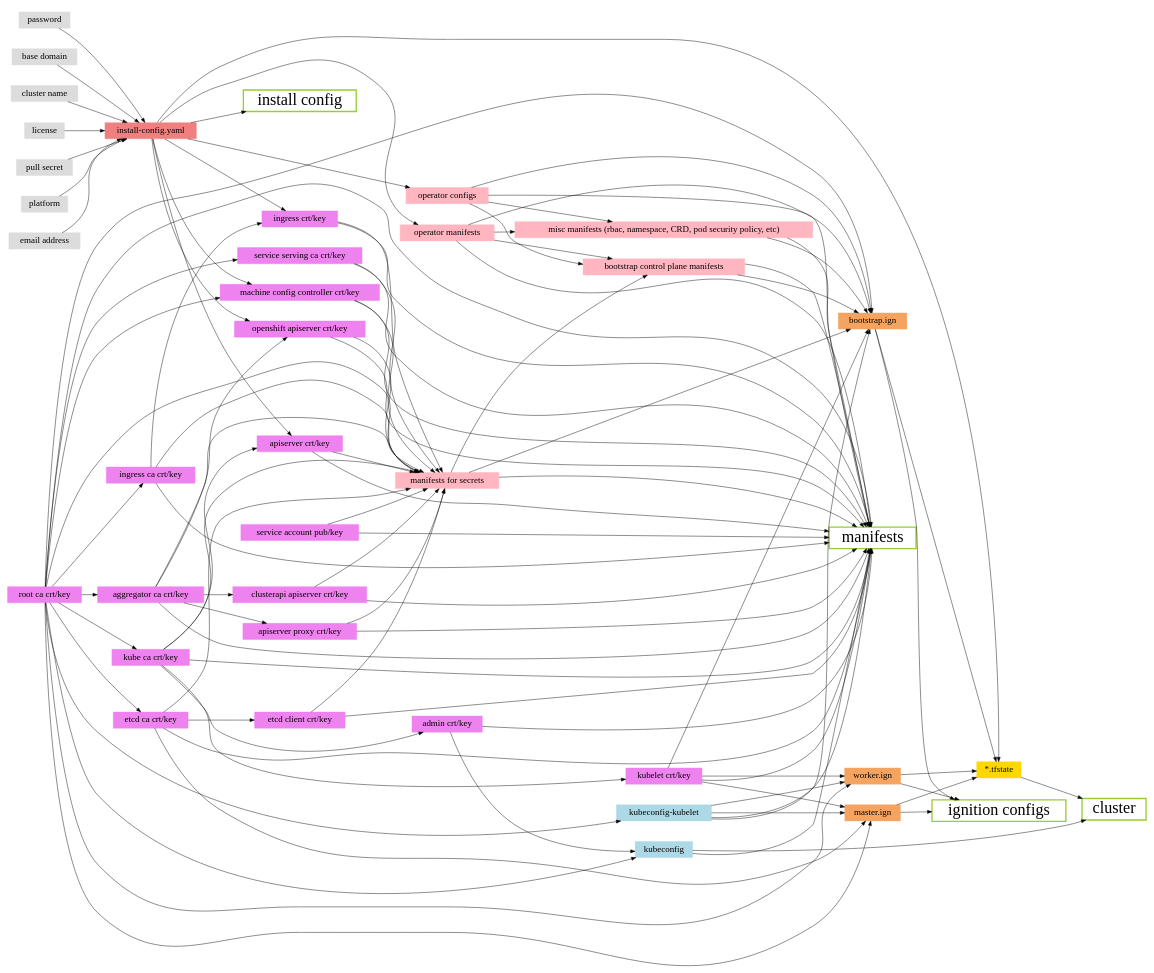
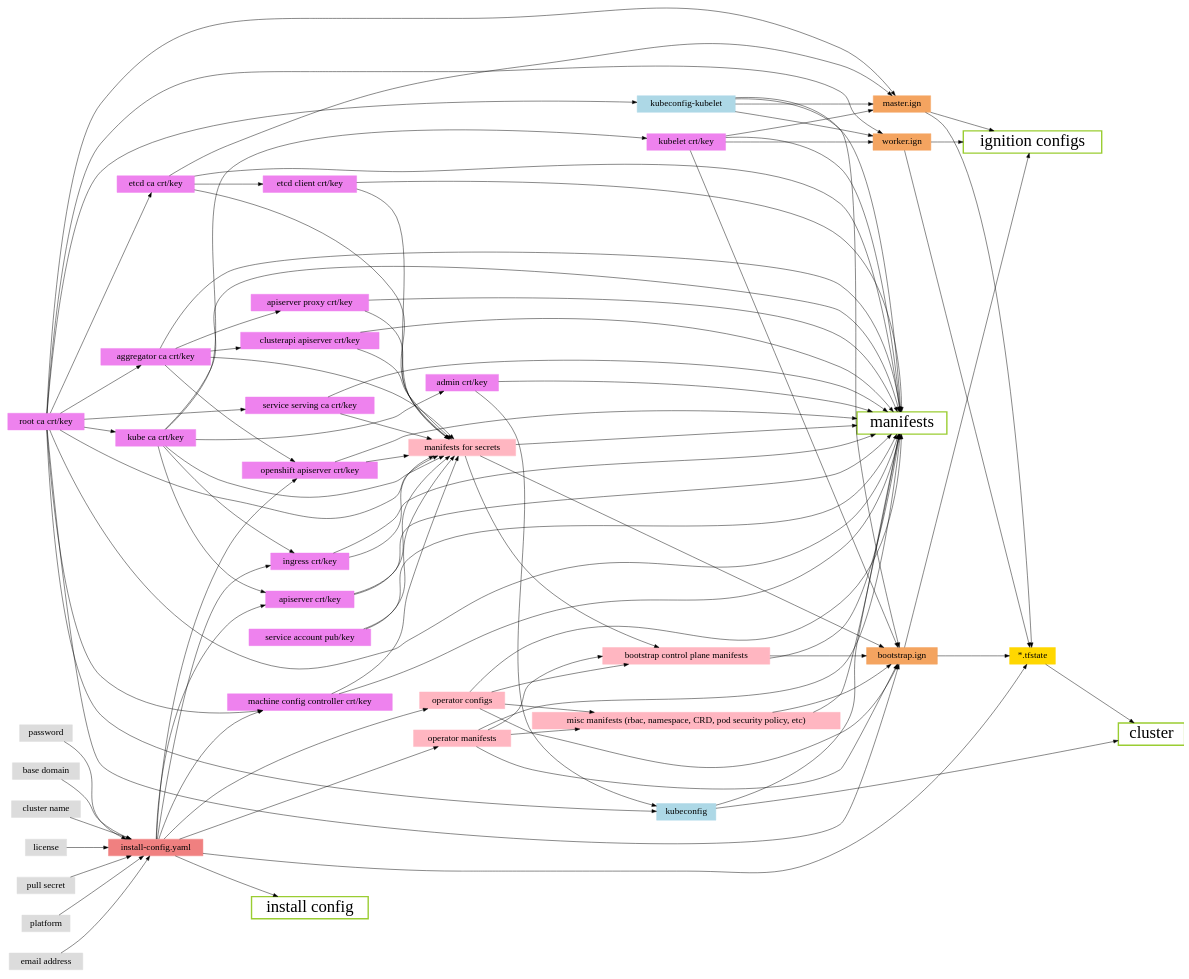
The diagram in Documentation/design/resource_dep.dot (openshift/installer), drawn with Graphviz before and after one commit. The commit also changed 1 other file, not shown here.

Commit message:
Documentation/design: replace ingress ca with kube ca

```diff
--- a/Documentation/design/resource_dep.dot
+++ b/Documentation/design/resource_dep.dot
@@ -41,7 +41,6 @@
     clusterapi_apiserver_bundle [label="clusterapi apiserver crt/key"];
     etcd_ca_bundle [label="etcd ca crt/key"];
     etcd_client_bundle [label="etcd client crt/key"];
-    ingress_ca_bundle [label="ingress ca crt/key"];
     ingress_bundle [label="ingress crt/key"];
     kube_ca_bundle [label="kube ca crt/key"];
     kubelet_bundle [label="kubelet crt/key"];
@@ -105,7 +104,6 @@
   root_ca_bundle -> etcd_ca_bundle;
   root_ca_bundle -> aggregator_ca_bundle;
   root_ca_bundle -> service_serving_ca_bundle;
-  root_ca_bundle -> ingress_ca_bundle;
   root_ca_bundle -> mcc_bundle;
   install_config -> mcc_bundle;
 
@@ -126,9 +124,8 @@
   kube_ca_bundle -> kubelet_bundle;
   kube_ca_bundle -> secret_manifests;
 
-  ingress_ca_bundle -> ingress_bundle;
+  kube_ca_bundle -> ingress_bundle;
   install_config -> ingress_bundle;
-  ingress_ca_bundle -> secret_manifests;
   
   aggregator_ca_bundle -> openshift_apiserver_bundle;
   install_config -> openshift_apiserver_bundle;
@@ -192,7 +189,6 @@
   clusterapi_apiserver_bundle -> manifests;
   etcd_ca_bundle -> manifests;
   etcd_client_bundle -> manifests;
-  ingress_ca_bundle -> manifests;
   ingress_bundle -> manifests;
   kube_ca_bundle -> manifests;
   kubelet_bundle -> manifests;
```
